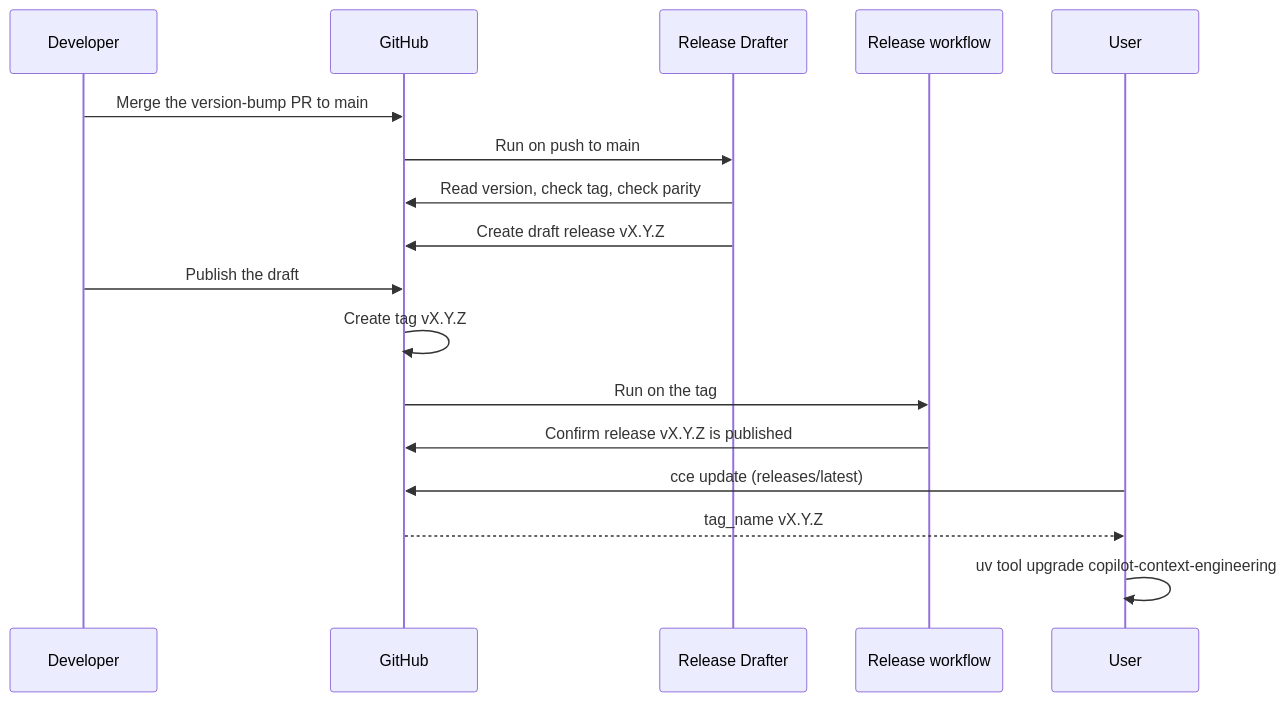
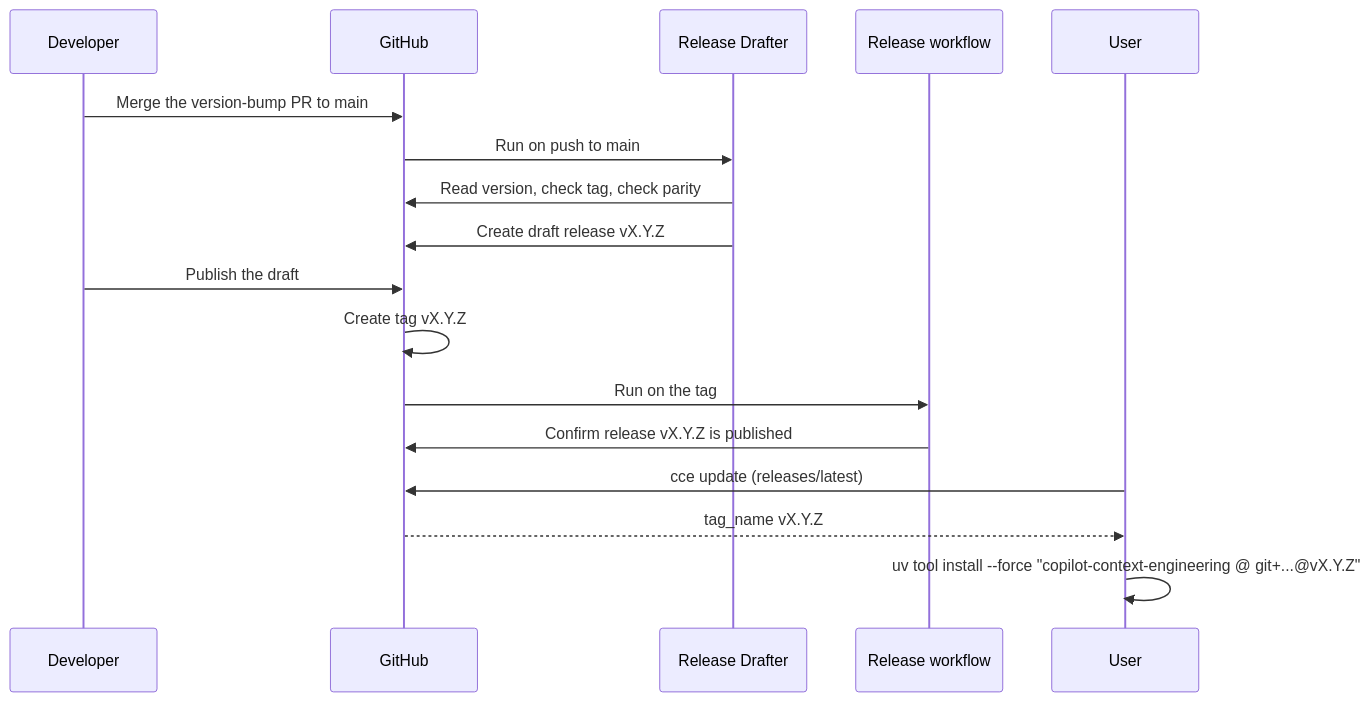
One commit to u-ways/copilot-context-engineering changed the diagram in docs/RELEASING.md. Above: the diagram before and after it, drawn with Mermaid. The commit also changed other lines of this file and 3 other files, not shown here.

First line of the commit message:
Update: install the announced release tag instead of uv tool upgrade (#16)

````diff
--- a/docs/RELEASING.md
+++ b/docs/RELEASING.md
@@ -56,20 +56,20 @@
 ```mermaid
 sequenceDiagram
     participant Developer
     participant GitHub
     participant Drafter as Release Drafter
     participant Release as Release workflow
     participant User
 
     Developer->>GitHub: Merge the version-bump PR to main
     GitHub->>Drafter: Run on push to main
     Drafter->>GitHub: Read version, check tag, check parity
     Drafter->>GitHub: Create draft release vX.Y.Z
     Developer->>GitHub: Publish the draft
     GitHub->>GitHub: Create tag vX.Y.Z
     GitHub->>Release: Run on the tag
     Release->>GitHub: Confirm release vX.Y.Z is published
     User->>GitHub: cce update (releases/latest)
     GitHub-->>User: tag_name vX.Y.Z
-    User->>User: uv tool upgrade copilot-context-engineering
+    User->>User: uv tool install --force "copilot-context-engineering @ git+...@vX.Y.Z"
 ```
````
